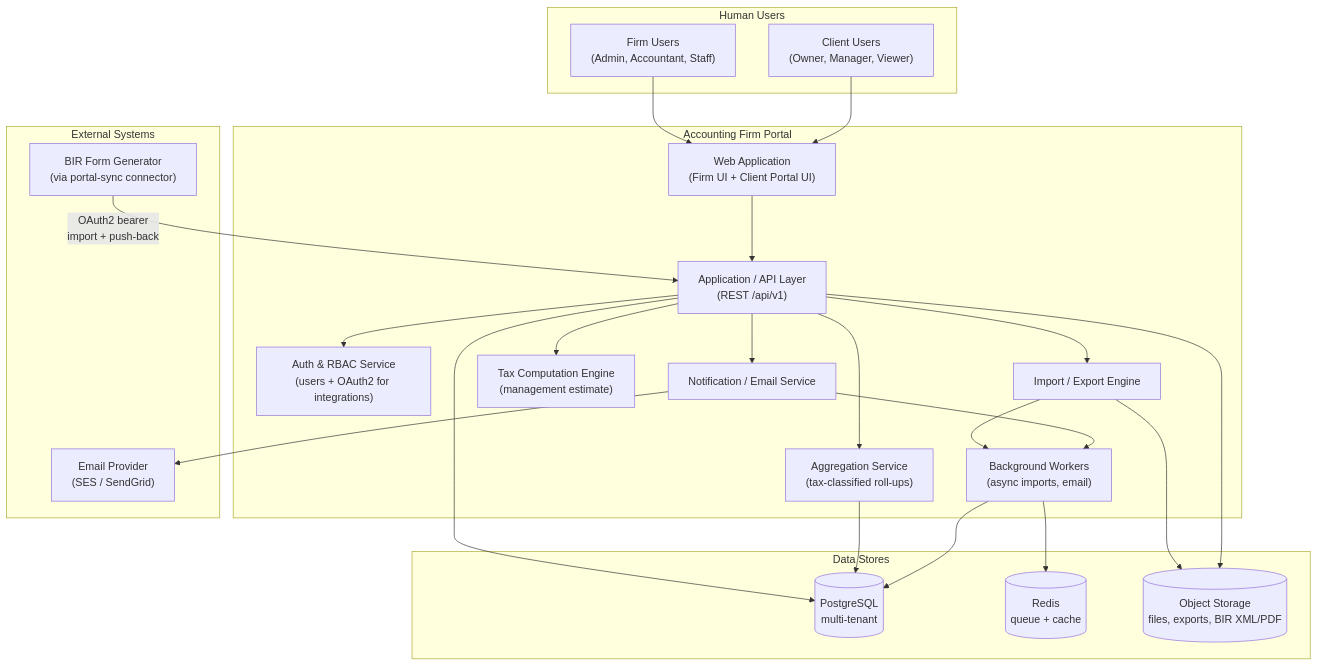
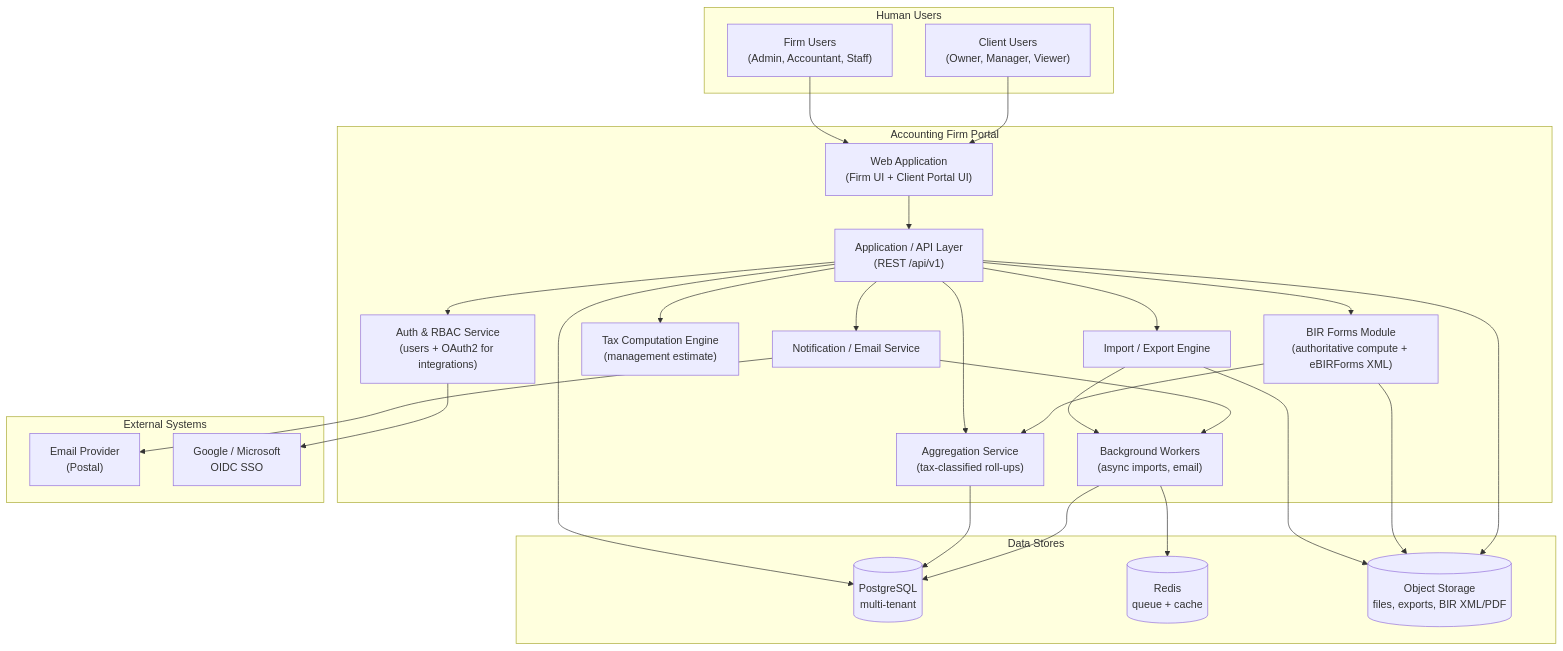
One commit to markchrc2025/Accounting-Firm-Portal changed the first of 14 diagrams in docs/system-design.md. Above: the diagram before and after it, drawn with Mermaid. The commit also changed other lines of this file, not shown here.

````diff
--- a/docs/system-design.md
+++ b/docs/system-design.md
@@ -93,48 +103,52 @@
 ```mermaid
 flowchart TB
     subgraph Users["Human Users"]
         FU["Firm Users<br/>(Admin, Accountant, Staff)"]
         CU["Client Users<br/>(Owner, Manager, Viewer)"]
     end
 
     subgraph Portal["Accounting Firm Portal"]
         WEB["Web Application<br/>(Firm UI + Client Portal UI)"]
         API["Application / API Layer<br/>(REST /api/v1)"]
         AUTH["Auth & RBAC Service<br/>(users + OAuth2 for integrations)"]
         IMP["Import / Export Engine"]
         AGG["Aggregation Service<br/>(tax-classified roll-ups)"]
         TAX["Tax Computation Engine<br/>(management estimate)"]
+        BIRGEN["BIR Forms Module<br/>(authoritative compute + eBIRForms XML)"]
         NOTE["Notification / Email Service"]
         WORK["Background Workers<br/>(async imports, email)"]
     end
 
     subgraph Data["Data Stores"]
         DB[("PostgreSQL<br/>multi-tenant")]
         REDIS[("Redis<br/>queue + cache")]
         OBJ[("Object Storage<br/>files, exports, BIR XML/PDF")]
     end
 
     subgraph External["External Systems"]
-        MAIL["Email Provider<br/>(SES / SendGrid)"]
-        BIRGEN["BIR Form Generator<br/>(via portal-sync connector)"]
+        MAIL["Email Provider<br/>(Postal)"]
+        IDP["Google / Microsoft<br/>OIDC SSO"]
     end
 
     FU --> WEB
     CU --> WEB
     WEB --> API
     API --> AUTH
     API --> IMP
     API --> AGG
     API --> TAX
     API --> NOTE
     API --> DB
     AGG --> DB
     IMP --> WORK
     NOTE --> WORK
     WORK --> REDIS
     WORK --> DB
     IMP --> OBJ
     NOTE --> MAIL
-    BIRGEN -->|"OAuth2 bearer<br/>import + push-back"| API
+    AUTH --> IDP
+    API --> BIRGEN
+    BIRGEN --> AGG
+    BIRGEN --> OBJ
     API --> OBJ
 ```
````
